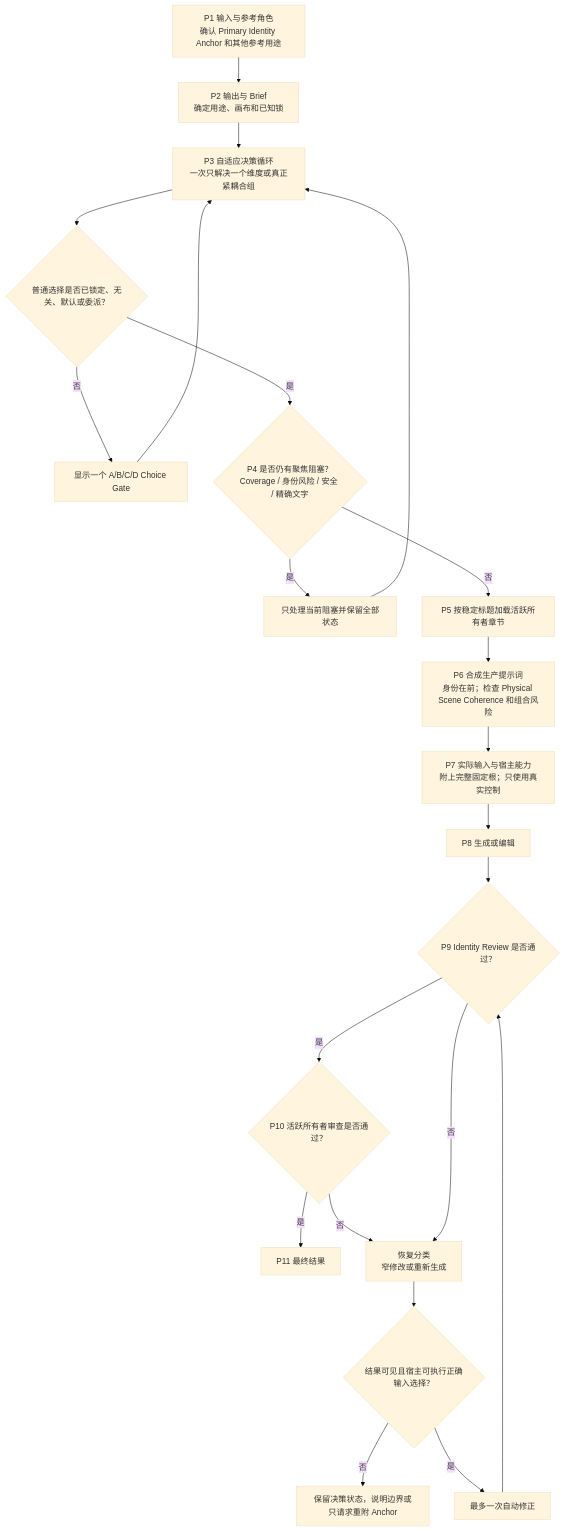
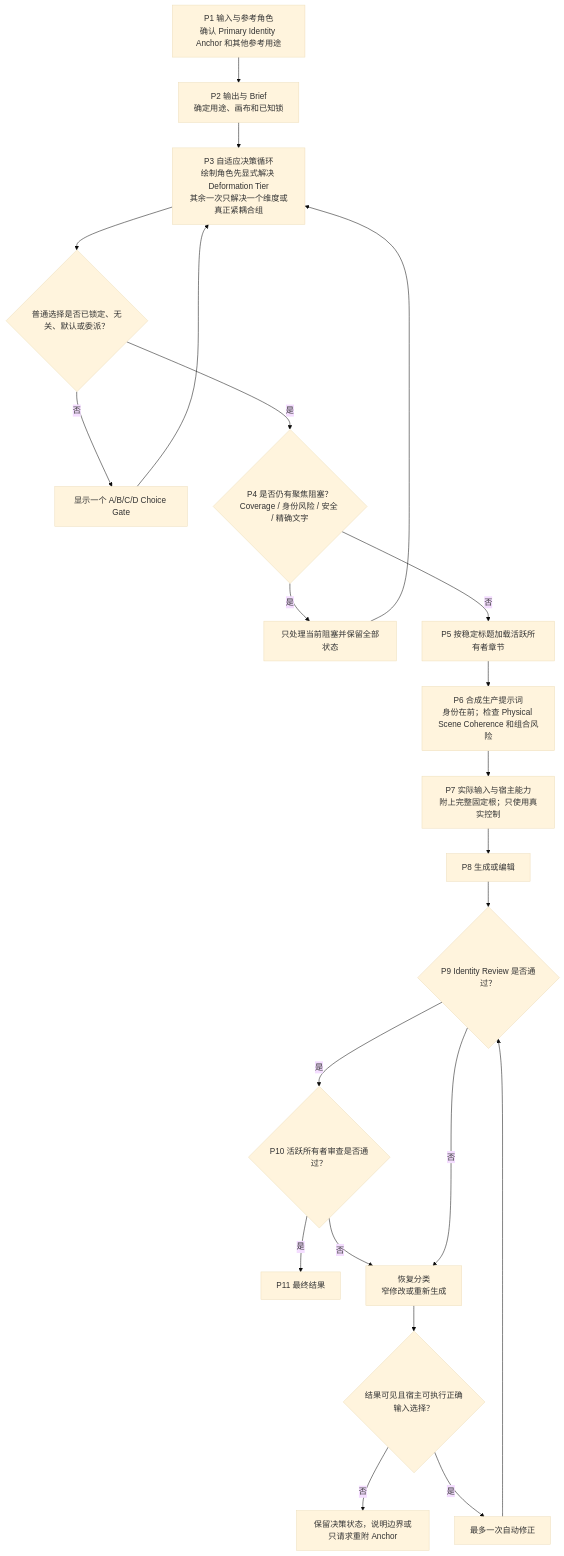
The fourth of 13 diagrams in docs/architecture.md (cyaoc/cast-me), drawn with Mermaid (base theme) before and after one commit. The commit also changed other lines of this file and 6 other files, not shown here.

Commit message:
feat: resolve deformation tier body evidence

````diff
--- a/docs/architecture.md
+++ b/docs/architecture.md
@@ -188,24 +195,24 @@
 ```mermaid
 flowchart TD
     P1["P1 输入与参考角色<br/>确认 Primary Identity Anchor 和其他参考用途"] --> P2["P2 输出与 Brief<br/>确定用途、画布和已知锁"]
-    P2 --> P3["P3 自适应决策循环<br/>一次只解决一个维度或真正紧耦合组"]
+    P2 --> P3["P3 自适应决策循环<br/>绘制角色先显式解决 Deformation Tier<br/>其余一次只解决一个维度或真正紧耦合组"]
     P3 --> ORDINARY{"普通选择是否已锁定、无关、默认或委派？"}
     ORDINARY -- 否 --> GATE["显示一个 A/B/C/D Choice Gate"]
     GATE --> P3
     ORDINARY -- 是 --> P4{"P4 是否仍有聚焦阻塞？<br/>Coverage / 身份风险 / 安全 / 精确文字"}
     P4 -- 是 --> FOCUSED["只处理当前阻塞并保留全部状态"]
     FOCUSED --> P3
     P4 -- 否 --> P5["P5 按稳定标题加载活跃所有者章节"]
     P5 --> P6["P6 合成生产提示词<br/>身份在前；检查 Physical Scene Coherence 和组合风险"]
     P6 --> P7["P7 实际输入与宿主能力<br/>附上完整固定根；只使用真实控制"]
     P7 --> P8["P8 生成或编辑"]
     P8 --> P9{"P9 Identity Review 是否通过？"}
     P9 -- 是 --> P10{"P10 活跃所有者审查是否通过？"}
     P10 -- 是 --> P11["P11 最终结果"]
     P10 -- 否 --> RECOVERY["恢复分类<br/>窄修改或重新生成"]
     P9 -- 否 --> RECOVERY
     RECOVERY --> CAPABLE{"结果可见且宿主可执行正确输入选择？"}
     CAPABLE -- 否 --> STOP["保留决策状态，说明边界或只请求重附 Anchor"]
     CAPABLE -- 是 --> ONCE["最多一次自动修正"]
     ONCE --> P9
 ```
````
